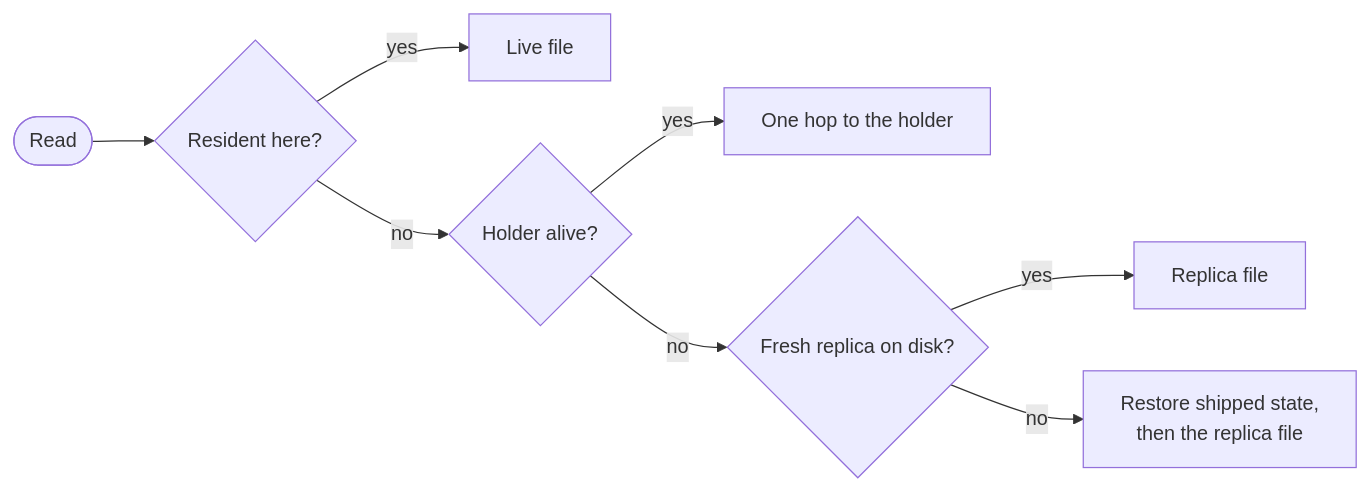
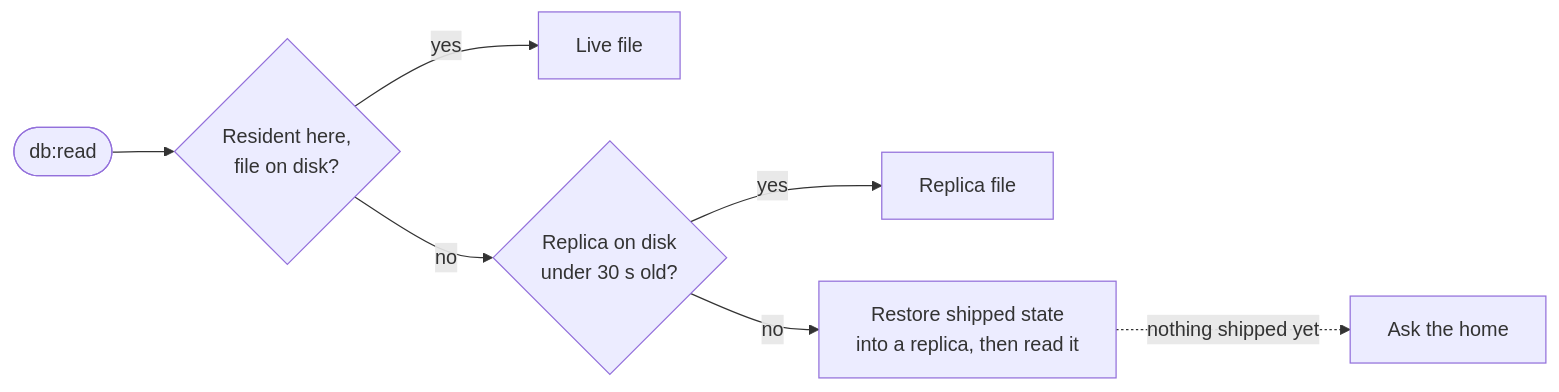
Before and after one commit to JSH32/actias: the third of 3 diagrams in actias-web/src/content/docs/internals/placement.mdx, drawn with Mermaid. The commit also changed other lines of this file and 21 other files, not shown here.

````diff
--- a/actias-web/src/content/docs/internals/placement.mdx
+++ b/actias-web/src/content/docs/internals/placement.mdx
@@ -64,10 +91,9 @@
 ```mermaid
 flowchart LR
-    read([Read]) --> a{Resident here?}
+    read([db:read]) --> a{Resident here,<br/>file on disk?}
     a -- yes --> live[Live file]
-    a -- no --> b{Holder alive?}
-    b -- yes --> hop[One hop to the holder]
-    b -- no --> c{Fresh replica on disk?}
+    a -- no --> c{Replica on disk<br/>under 30 s old?}
     c -- yes --> rep[Replica file]
-    c -- no --> pull[Restore shipped state,<br/>then the replica file]
+    c -- no --> pull[Restore shipped state<br/>into a replica, then read it]
+    pull -. nothing shipped yet .-> home[Ask the home]
 ```
````
